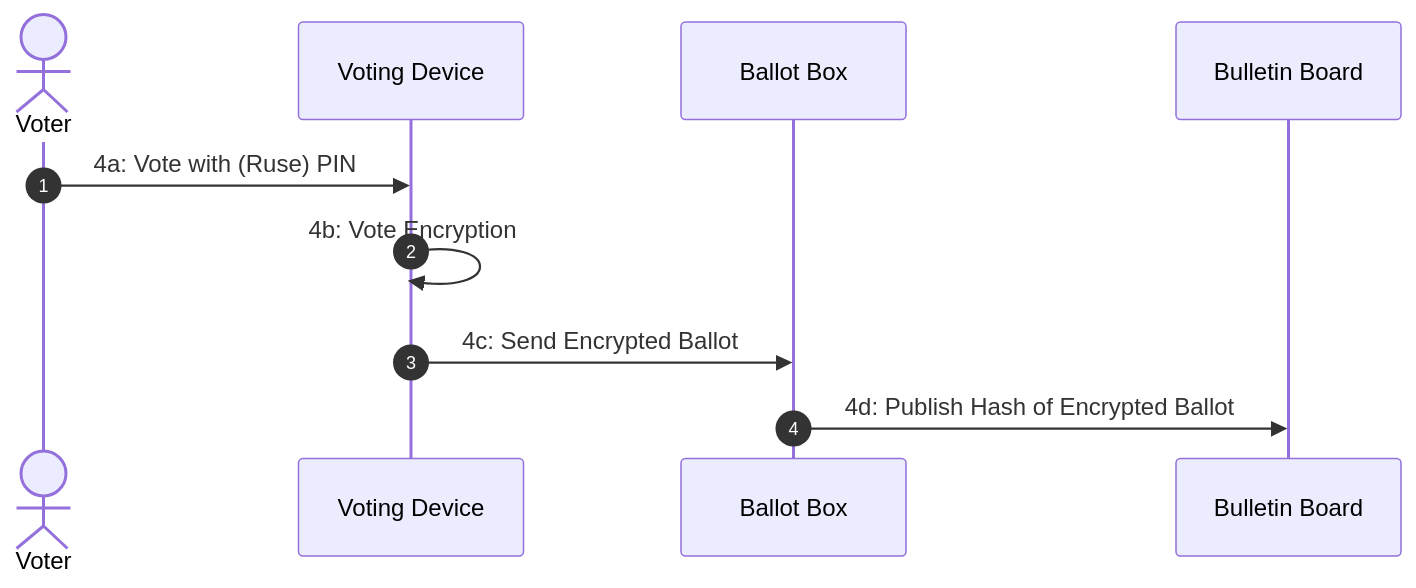
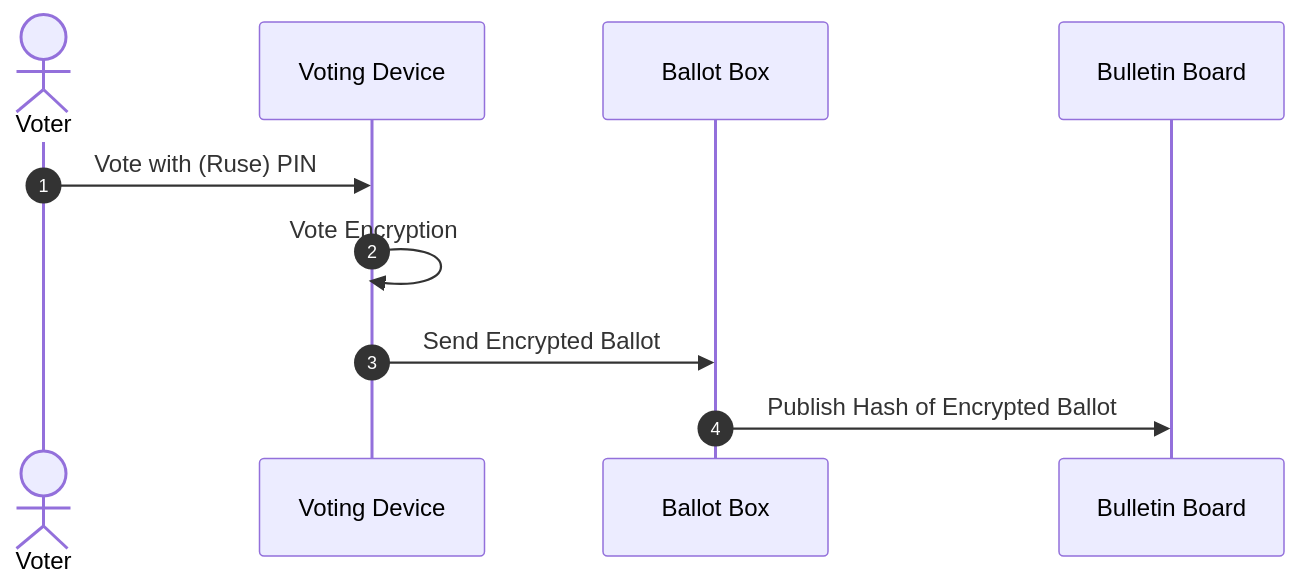
The fourth of 5 diagrams in README.md (AlessandroPerez/evoting-rs), drawn with Mermaid before and after one commit. The commit also changed other lines of this file, not shown here.

````diff
--- a/README.md
+++ b/README.md
@@ -91,12 +91,12 @@
 ```mermaid
 sequenceDiagram
     autonumber
     actor V as Voter
     participant VD as Voting Device
     participant BB as Ballot Box
     participant WBB as Bulletin Board
-    V->>VD: 4a: Vote with (Ruse) PIN
-    VD->>VD: 4b: Vote Encryption
-    VD->>BB: 4c: Send Encrypted Ballot
-    BB->>WBB: 4d: Publish Hash of Encrypted Ballot
+    V->>VD: Vote with (Ruse) PIN
+    VD->>VD: Vote Encryption
+    VD->>BB: Send Encrypted Ballot
+    BB->>WBB: Publish Hash of Encrypted Ballot
 ```
````
